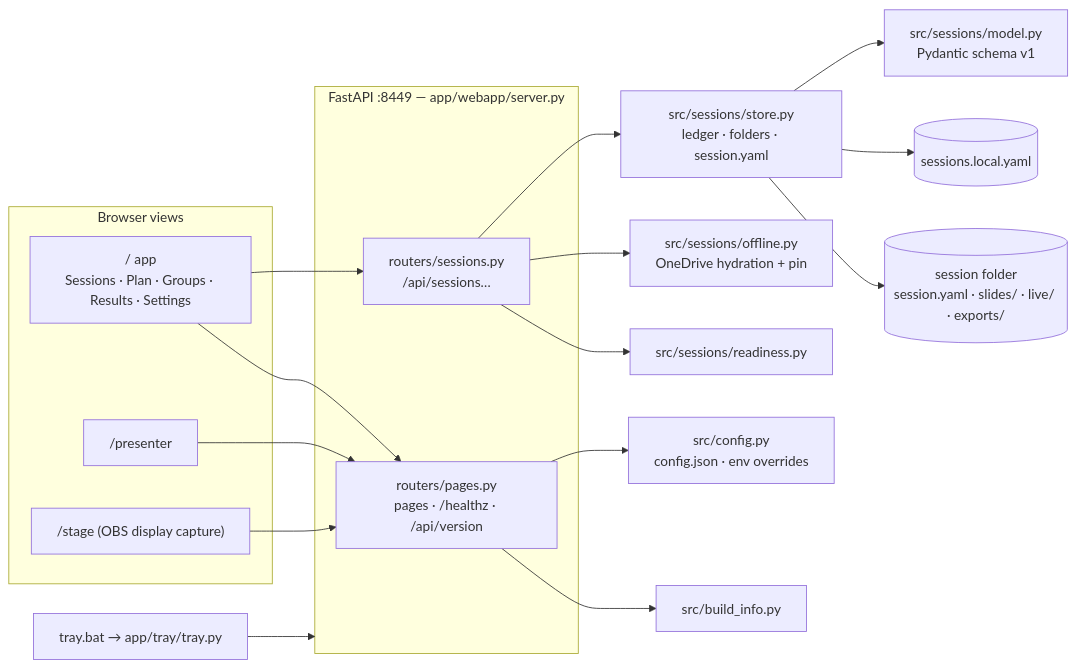
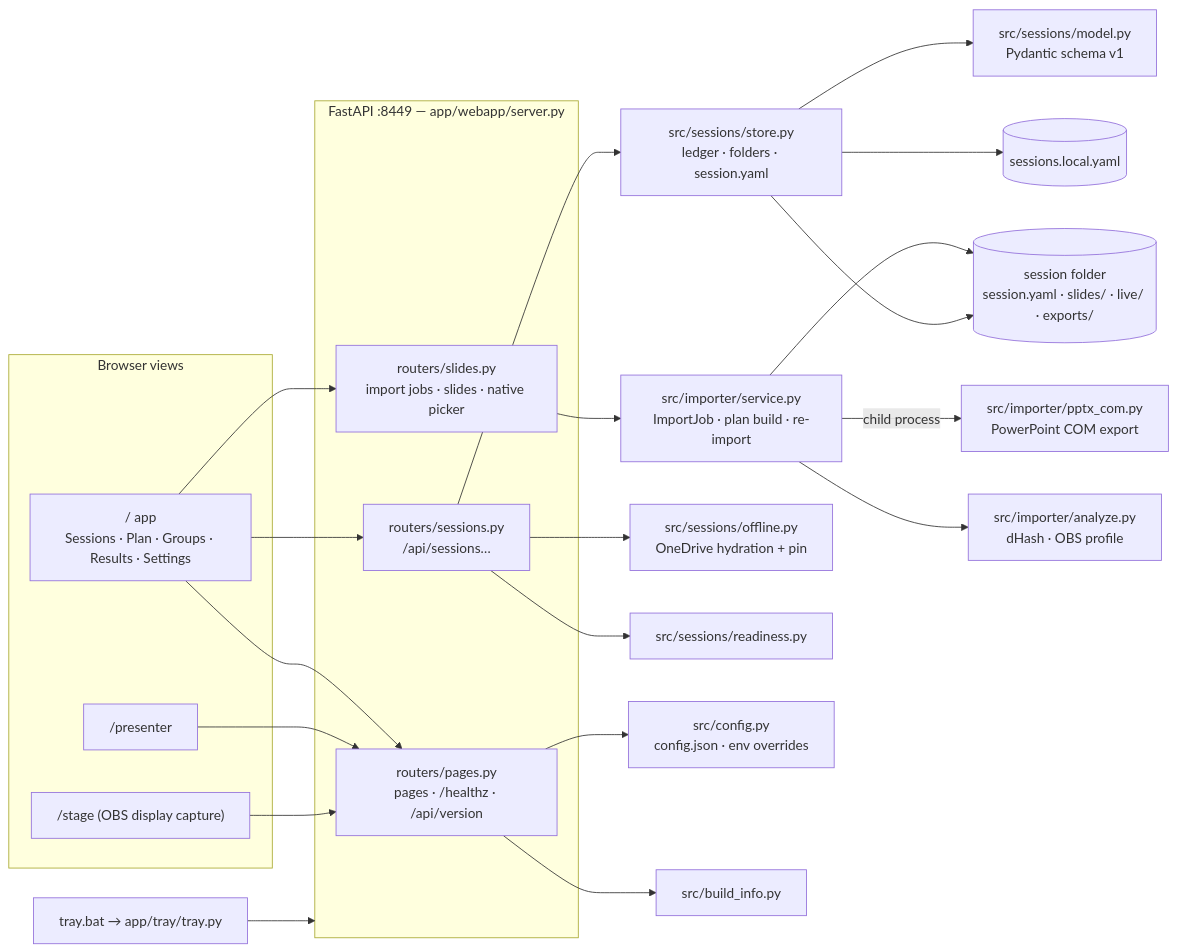
Before and after one commit to ferraroroberto/facilitation-suite: the diagram in docs/architecture.mmd, drawn with Mermaid. The commit also changed 12 other files, not shown here.

First line of the commit message:
feat: import a PowerPoint into slides, titles, notes and OBS profiles (#4) (#20)

```diff
--- a/docs/architecture.mmd
+++ b/docs/architecture.mmd
@@ -1,24 +1,30 @@
 %% facilitation-suite — internal structure (hand-authored; update with structural changes)
 flowchart LR
   subgraph clients[Browser views]
     appv["/ app<br/>Sessions · Plan · Groups · Results · Settings"]
     presenter["/presenter"]
     stage["/stage (OBS display capture)"]
   end
   tray["tray.bat → app/tray/tray.py"] --> server
   subgraph server[FastAPI :8449 — app/webapp/server.py]
     pages["routers/pages.py<br/>pages · /healthz · /api/version"]
     sessr["routers/sessions.py<br/>/api/sessions…"]
+    slidesr["routers/slides.py<br/>import jobs · slides · native picker"]
   end
+  slidesr --> importer["src/importer/service.py<br/>ImportJob · plan build · re-import"]
+  importer -->|child process| com["src/importer/pptx_com.py<br/>PowerPoint COM export"]
+  importer --> analyze["src/importer/analyze.py<br/>dHash · OBS profile"]
+  importer --> folder
   sessr --> store["src/sessions/store.py<br/>ledger · folders · session.yaml"]
   store --> model["src/sessions/model.py<br/>Pydantic schema v1"]
   sessr --> offline["src/sessions/offline.py<br/>OneDrive hydration + pin"]
   sessr --> ready["src/sessions/readiness.py"]
   store --> ledger[("sessions.local.yaml")]
   store --> folder[("session folder<br/>session.yaml · slides/ · live/ · exports/")]
   appv --> pages
   appv --> sessr
+  appv --> slidesr
   presenter --> pages
   stage --> pages
   pages --> cfg["src/config.py<br/>config.json · env overrides"]
   pages --> build["src/build_info.py"]
```
